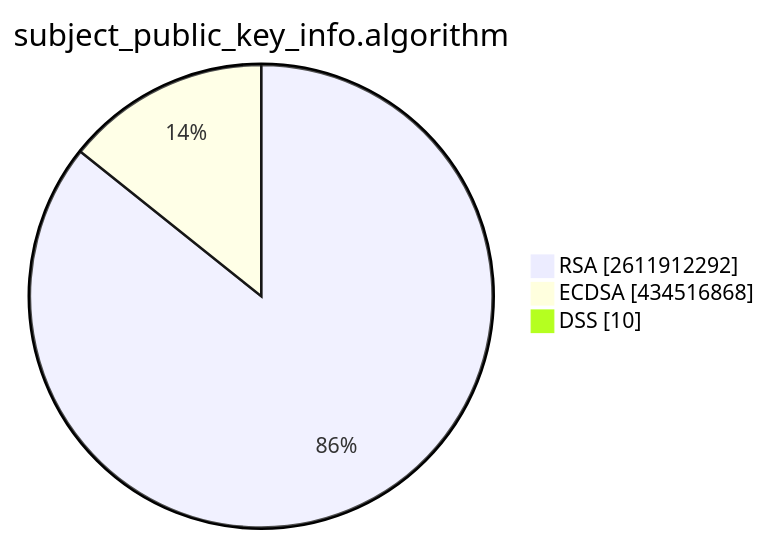
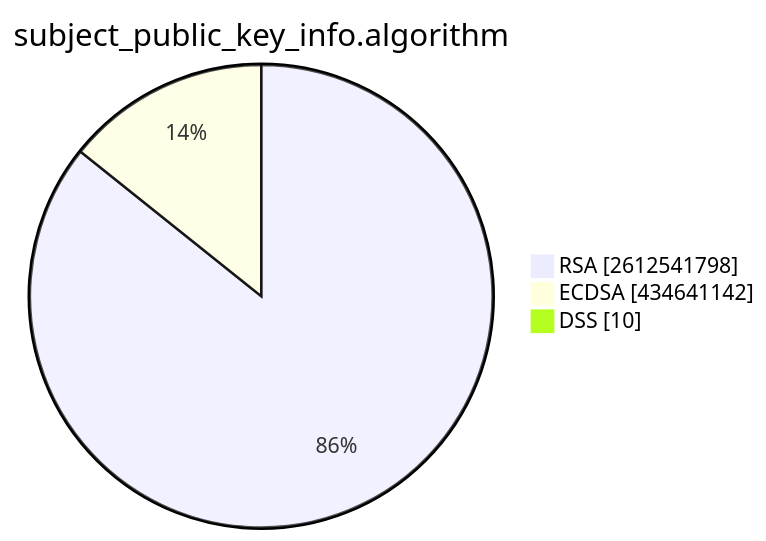
The second of 15 diagrams in TOTAL/README.md (christiankrug/ctmonitor_visualization), drawn with Mermaid before and after one commit. The commit also changed other lines of this file, not shown here.

````diff
--- a/TOTAL/README.md
+++ b/TOTAL/README.md
@@ -6,7 +6,7 @@
 ```mermaid
 pie showData
 title subject_public_key_info.algorithm
-"RSA" :2611912292
-"ECDSA" :434516868
+"RSA" :2612541798
+"ECDSA" :434641142
 "DSS" :10
 ```
````
